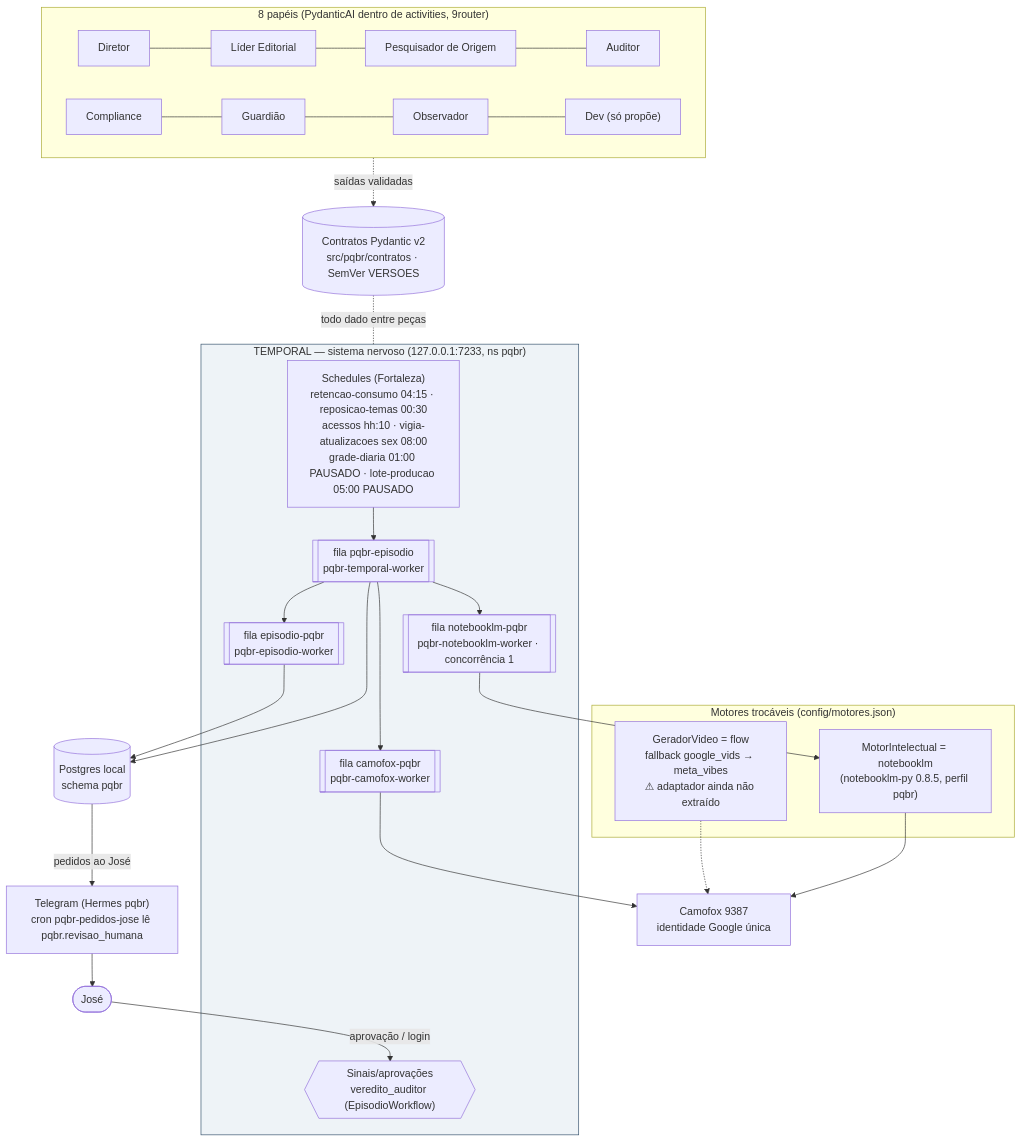
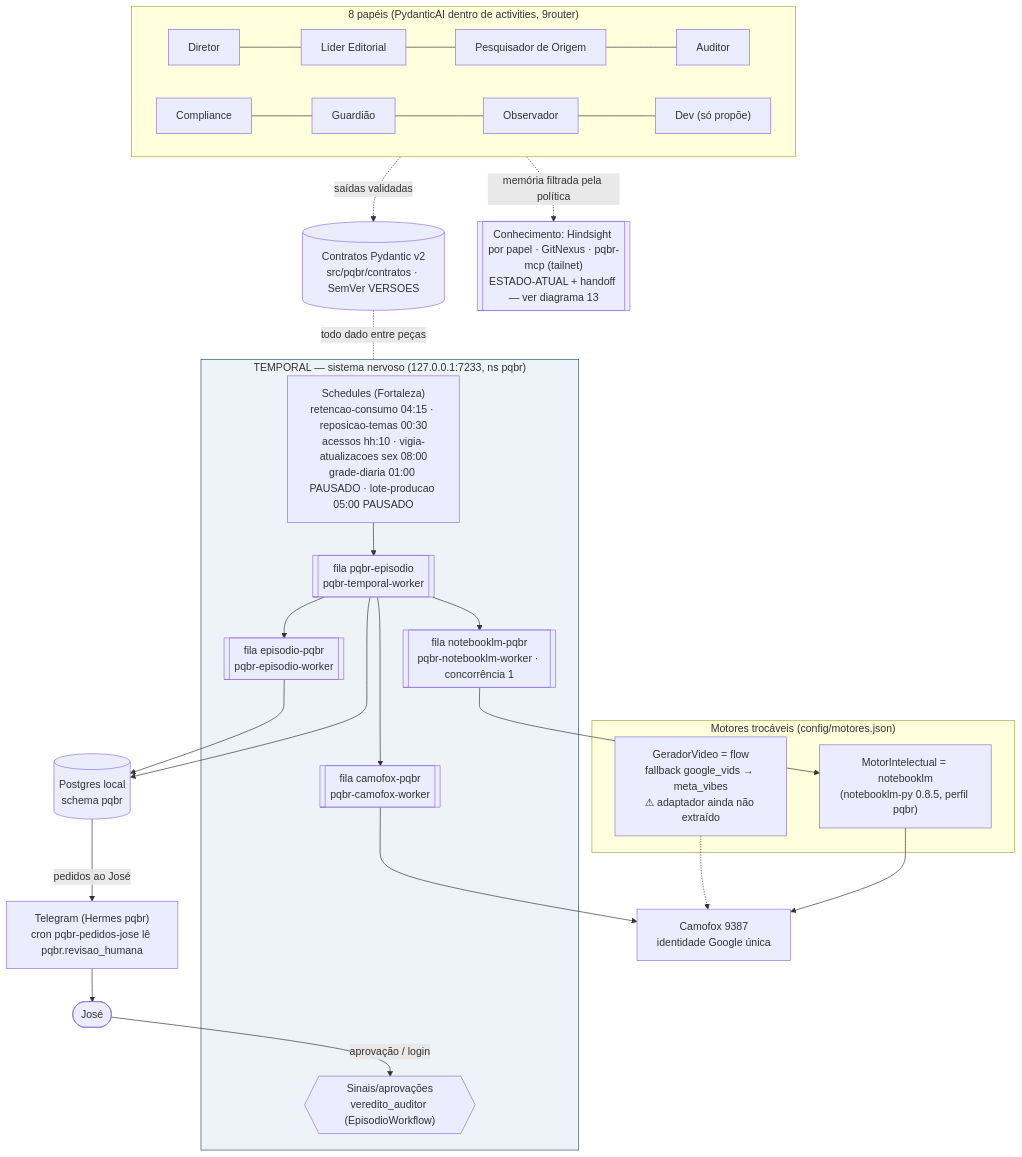
One commit to jvmendesjr/PQBR changed the diagram in docs/mapa/00-visao-geral.mmd. Above: the diagram before and after it, drawn with Mermaid. The commit also changed 7 other files, not shown here.

Commit message:
t101u: mapa 13 (memória por papel, GitNexus, MCP, ESTADO-ATUAL/handoff); 09/00 apontam; ARQUITETURA §12

```diff
--- a/docs/mapa/00-visao-geral.mmd
+++ b/docs/mapa/00-visao-geral.mmd
@@ -1,35 +1,38 @@
 %% Mapa PQBR — Visão geral. Gerado do código em 24/10/2026 (commit base c752abc). Só muda por proposta aprovada pelo José.
 flowchart TB
   JOSE(["José"])
   TG["Telegram (Hermes pqbr)<br/>cron pqbr-pedidos-jose lê pqbr.revisao_humana"]
   subgraph T["TEMPORAL — sistema nervoso (127.0.0.1:7233, ns pqbr)"]
     SCH["Schedules (Fortaleza)<br/>retencao-consumo 04:15 · reposicao-temas 00:30<br/>acessos hh:10 · vigia-atualizacoes sex 08:00<br/>grade-diaria 01:00 PAUSADO · lote-producao 05:00 PAUSADO"]
     Q1[["fila pqbr-episodio<br/>pqbr-temporal-worker"]]
     Q2[["fila episodio-pqbr<br/>pqbr-episodio-worker"]]
     Q3[["fila notebooklm-pqbr<br/>pqbr-notebooklm-worker · concorrência 1"]]
     Q4[["fila camofox-pqbr<br/>pqbr-camofox-worker"]]
     SIG{{"Sinais/aprovações<br/>veredito_auditor (EpisodioWorkflow)"}}
   end
   subgraph M["Motores trocáveis (config/motores.json)"]
     MI["MotorIntelectual = notebooklm<br/>(notebooklm-py 0.8.5, perfil pqbr)"]
     GV["GeradorVideo = flow<br/>fallback google_vids → meta_vibes<br/>⚠ adaptador ainda não extraído"]
   end
   subgraph A["8 papéis (PydanticAI dentro de activities, 9router)"]
     R1["Diretor"] --- R2["Líder Editorial"] --- R3["Pesquisador de Origem"] --- R4["Auditor"]
     R5["Compliance"] --- R6["Guardião"] --- R7["Observador"] --- R8["Dev (só propõe)"]
   end
   C[("Contratos Pydantic v2<br/>src/pqbr/contratos · SemVer VERSOES")]
   PG[("Postgres local<br/>schema pqbr")]
   CF["Camofox 9387<br/>identidade Google única"]
   SCH --> Q1
   Q1 --> Q3 & Q2 & Q4
   Q3 --> MI --> CF
   Q4 --> CF
   GV -.-> CF
   A -. "saídas validadas" .-> C
   Q1 & Q2 --> PG
   PG -- "pedidos ao José" --> TG --> JOSE
   JOSE -- "aprovação / login" --> SIG
   C -. "todo dado entre peças" .- T
+  %% t84u–t101u (26/10/2026)
+  K13[["Conhecimento: Hindsight por papel · GitNexus · pqbr-mcp (tailnet)<br/>ESTADO-ATUAL + handoff — ver diagrama 13"]]
+  A -. "memória filtrada pela política" .-> K13
   classDef core fill:#eef3f7,stroke:#33506b;
   class T core;
```
